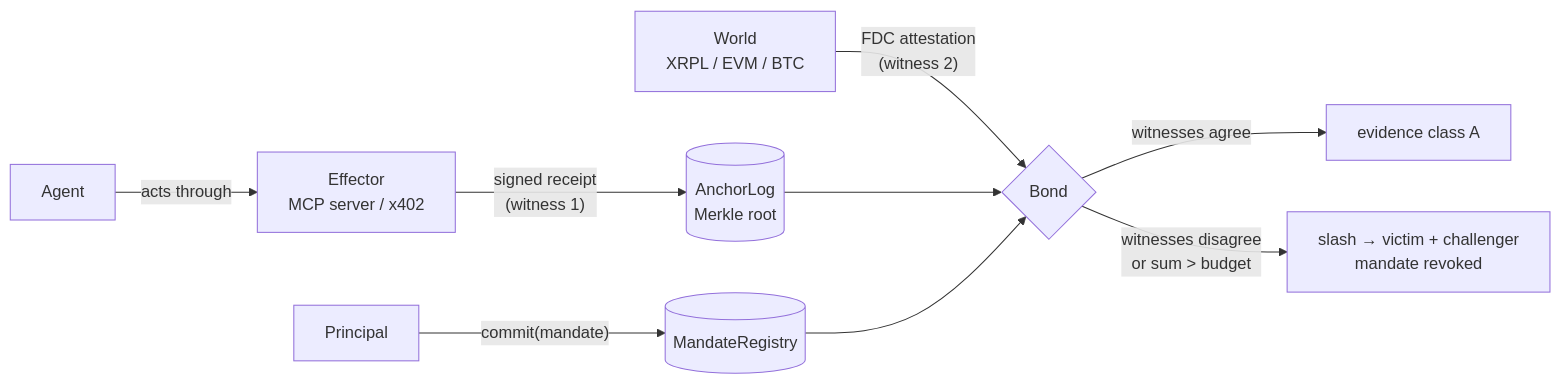
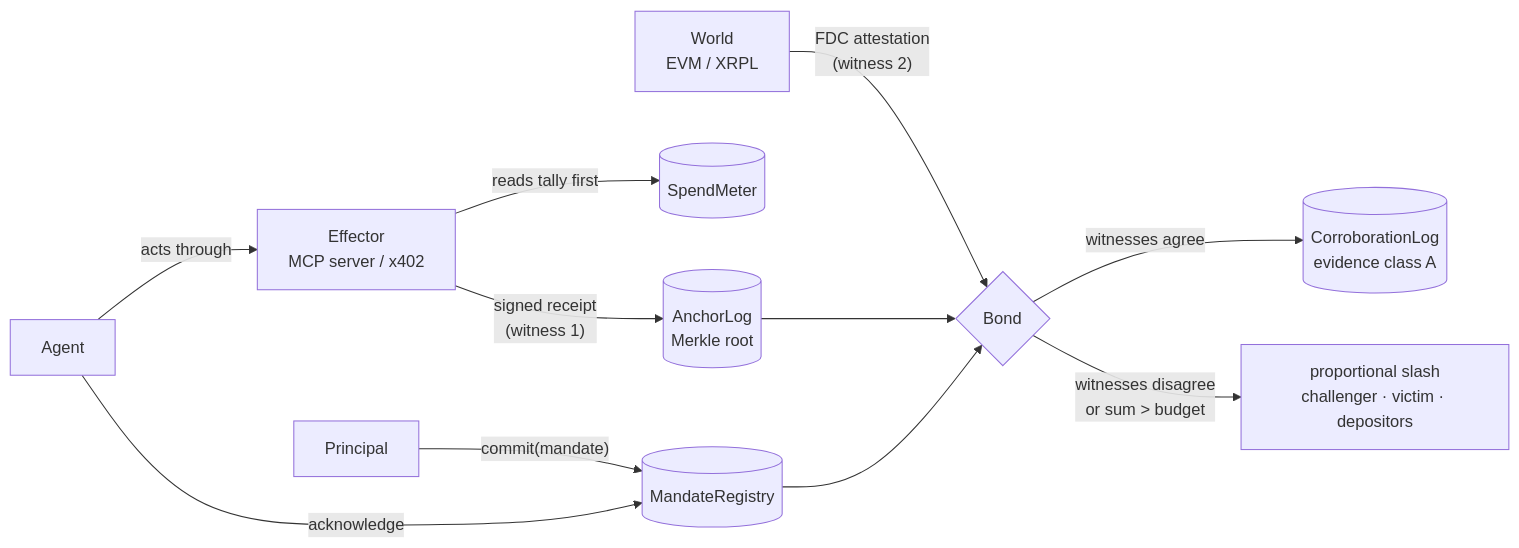
The diagram in README.md (dziuba0x/delicti), drawn with Mermaid before and after one commit. The commit also changed other lines of this file and 1 other file, not shown here.

First line of the commit message:
docs: README for a first-time reader — problem first, proof table, contracts, limits, roadmap, FAQ

````diff
--- a/README.md
+++ b/README.md
@@ -21,11 +38,13 @@
 ```mermaid
 flowchart LR
     P[Principal] -- "commit(mandate)" --> MR[(MandateRegistry)]
-    A[Agent] -- acts through --> E[Effector<br/>MCP server / x402]
+    A[Agent] -- "acknowledge" --> MR
+    A -- acts through --> E[Effector<br/>MCP server / x402]
+    E -- "reads tally first" --> SM[(SpendMeter)]
     E -- "signed receipt<br/>(witness 1)" --> AL[(AnchorLog<br/>Merkle root)]
-    W[World<br/>XRPL / EVM / BTC] -- "FDC attestation<br/>(witness 2)" --> B{Bond}
+    W[World<br/>EVM / XRPL] -- "FDC attestation<br/>(witness 2)" --> B{Bond}
     AL --> B
     MR --> B
-    B -- "witnesses agree" --> OK[evidence class A]
-    B -- "witnesses disagree<br/>or sum > budget" --> S[slash → victim + challenger<br/>mandate revoked]
+    B -- "witnesses agree" --> CL[(CorroborationLog<br/>evidence class A)]
+    B -- "witnesses disagree<br/>or sum > budget" --> S[proportional slash<br/>challenger · victim · depositors]
 ```
````
